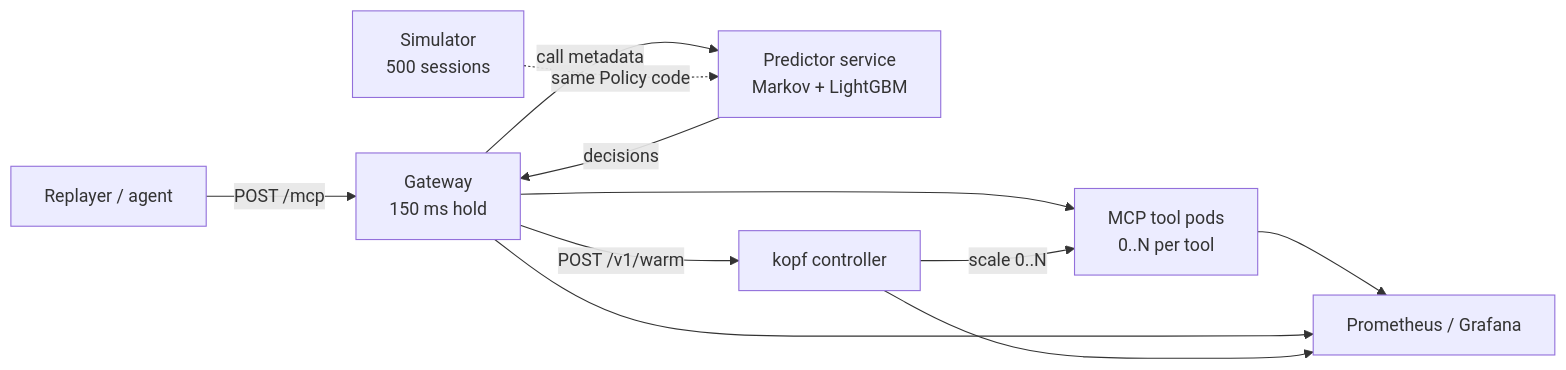
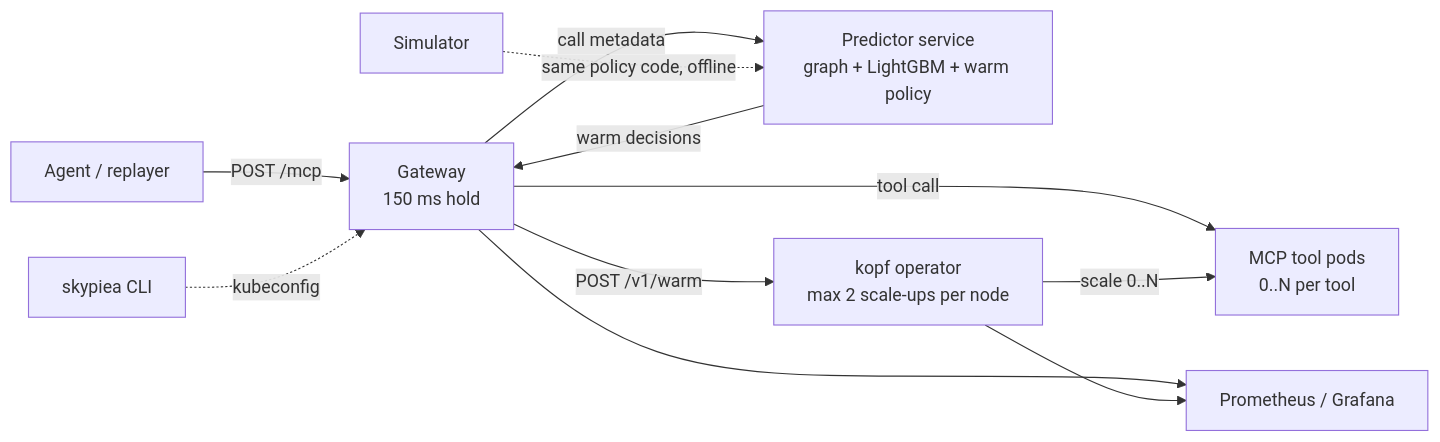
One commit to SYNKRONOX/skypiea-prewarm changed the diagram in README.md. Above: the diagram before and after it, drawn with Mermaid. The commit also changed other lines of this file, not shown here.

First line of the commit message:
README for GitHub readers: architecture, results with sources, limits, quickstart, AWS

````diff
--- a/README.md
+++ b/README.md
@@ -63,13 +44,13 @@
 ```mermaid
 flowchart LR
-    R[Replayer / agent] -->|POST /mcp| S[Gateway<br/>150 ms hold]
-    S --> T[MCP tool pods<br/>0..N per tool]
-    S -->|call metadata| P[Predictor service<br/>Markov + LightGBM]
-    P -->|decisions| S
-    S -->|POST /v1/warm| C[kopf controller]
+    R[Agent / replayer] -->|POST /mcp| G[Gateway<br/>150 ms hold]
+    G -->|tool call| T[MCP tool pods<br/>0..N per tool]
+    G -->|call metadata| P[Predictor service<br/>graph + LightGBM + warm policy]
+    P -->|warm decisions| G
+    G -->|POST /v1/warm| C[kopf operator<br/>max 2 scale-ups per node]
     C -->|scale 0..N| T
-    T --> M[Prometheus / Grafana]
-    S --> M
+    G --> M[Prometheus / Grafana]
     C --> M
-    SIM[Simulator<br/>500 sessions] -.->|same Policy code| P
+    CLI[skypiea CLI] -.->|kubeconfig| G
+    SIM[Simulator] -.->|same policy code, offline| P
 ```
````
